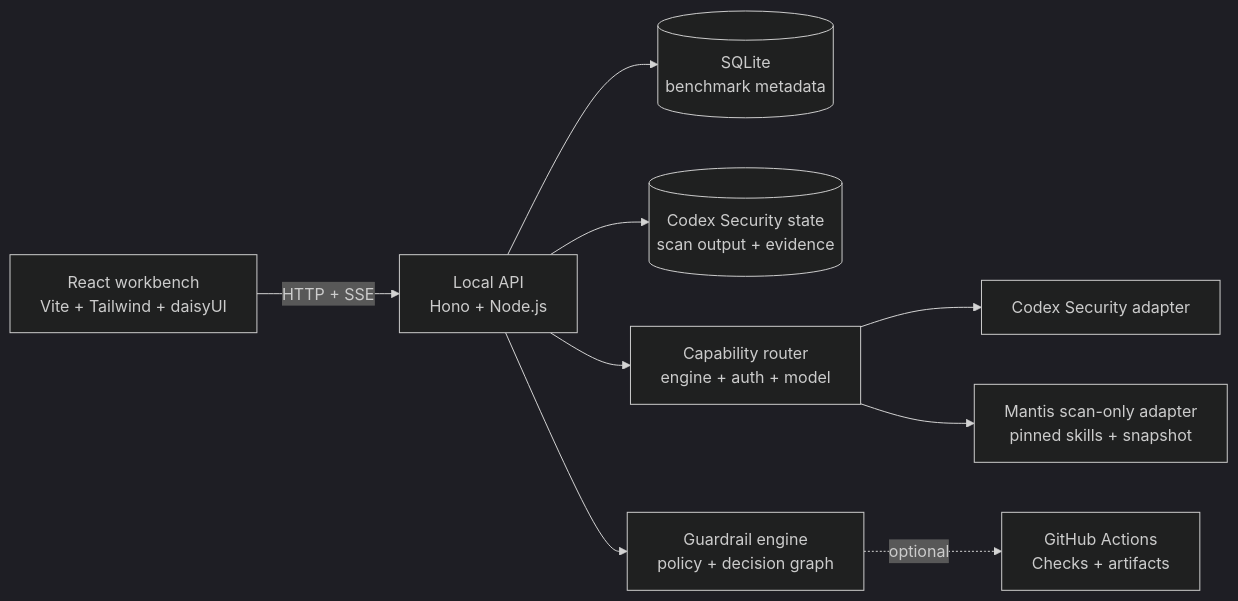
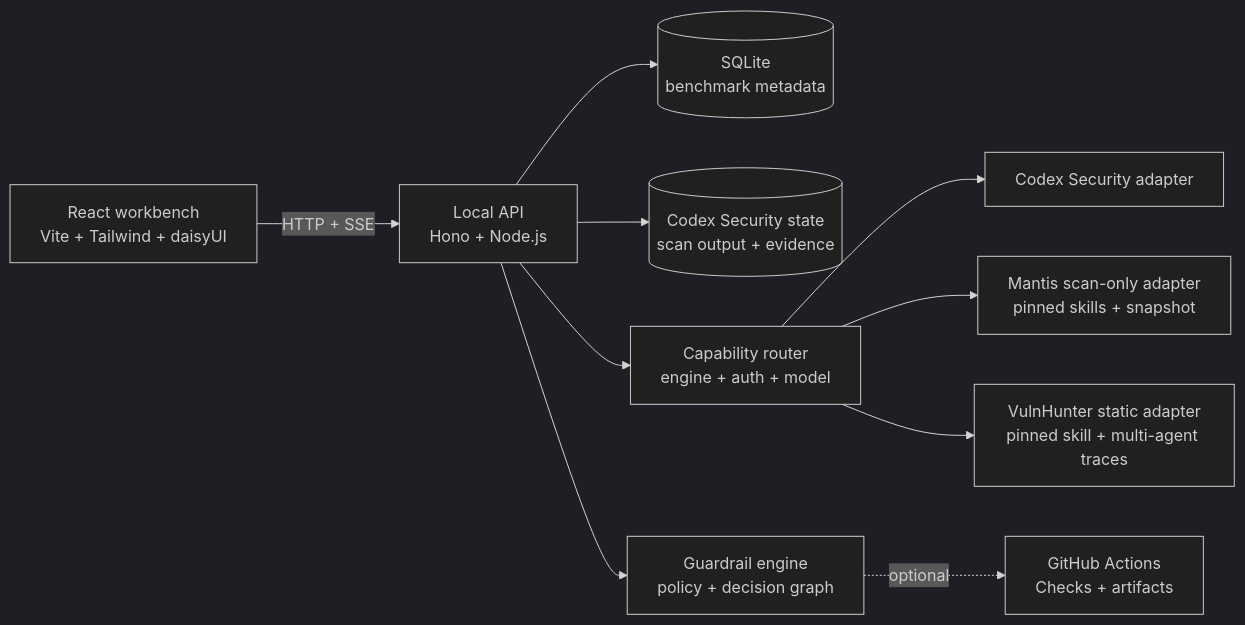
The diagram in README.md (OkamiOps/okami-sentinel), drawn with Mermaid (dark theme) before and after one commit. The commit also changed other lines of this file and 21 other files, not shown here.

Commit message:
feat(scanners): add read-only VulnHunter Codex adapter

````diff
--- a/README.md
+++ b/README.md
@@ -87,21 +89,23 @@
 ```mermaid
 flowchart LR
     UI["React workbench\nVite + Tailwind + daisyUI"]
     API["Local API\nHono + Node.js"]
     DB[("SQLite\nbenchmark metadata")]
     STATE[("Codex Security state\nscan output + evidence")]
     ROUTER["Capability router\nengine + auth + model"]
     CODEXSEC["Codex Security adapter"]
     MANTIS["Mantis scan-only adapter\npinned skills + snapshot"]
+    VULNHUNTER["VulnHunter static adapter\npinned skill + multi-agent traces"]
     GATE["Guardrail engine\npolicy + decision graph"]
     GH["GitHub Actions\nChecks + artifacts"]
 
     UI -->|HTTP + SSE| API
     API --> DB
     API --> STATE
     API --> ROUTER
     ROUTER --> CODEXSEC
     ROUTER --> MANTIS
+    ROUTER --> VULNHUNTER
     API --> GATE
     GATE -. optional .-> GH
 ```
````
